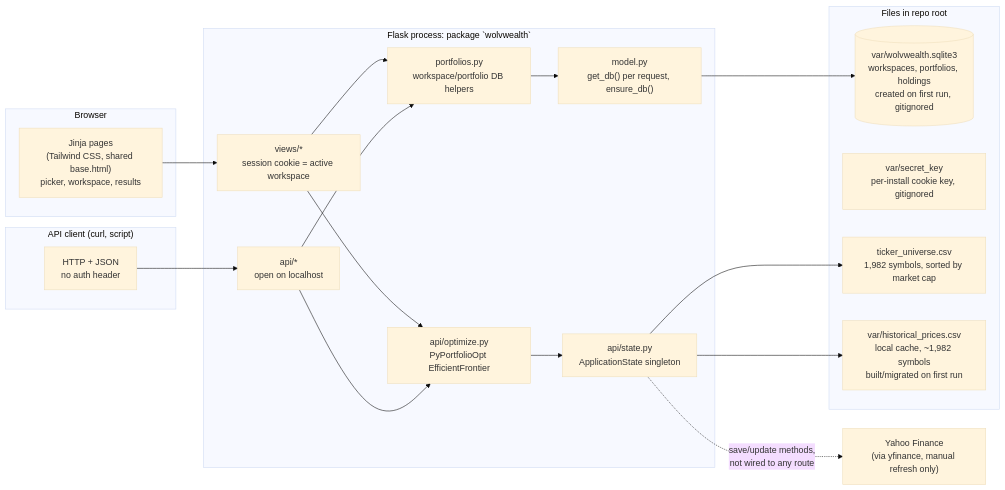
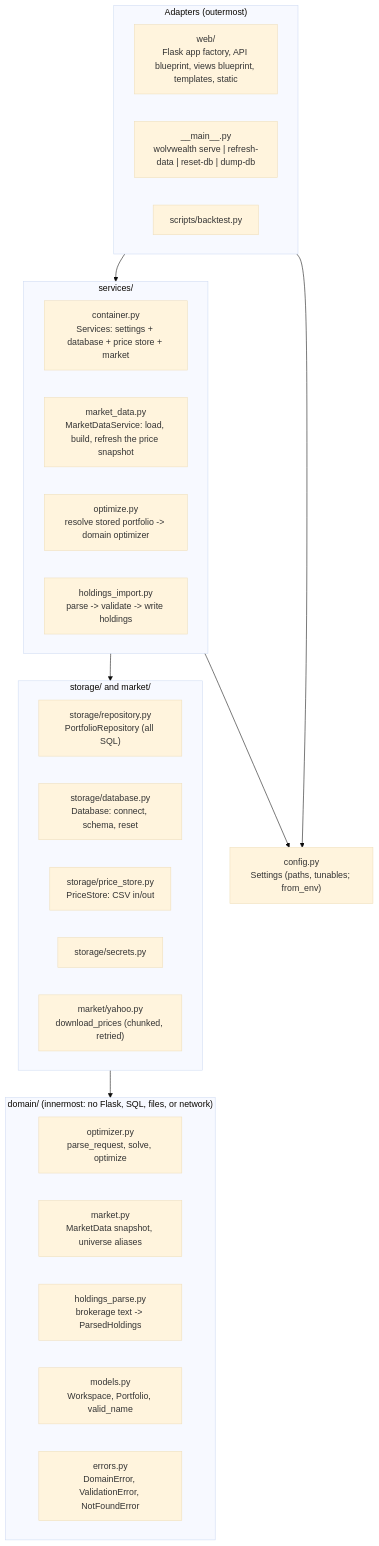
The first of 9 diagrams in ARCHITECTURE.md (rramboer/WolvWealth), drawn with Mermaid (base theme) before and after one commit. The commit also changed other lines of this file and 68 other files, not shown here.

````diff
--- a/ARCHITECTURE.md
+++ b/ARCHITECTURE.md
@@ -27,41 +25,33 @@
 ```mermaid
-flowchart LR
-    subgraph Browser
-        HTML["Jinja pages<br/>(Tailwind CSS, shared base.html)<br/>picker, workspace, results"]
+flowchart TB
+    subgraph Outer["Adapters (outermost)"]
+        WEB["web/<br/>Flask app factory, API blueprint, views blueprint, templates, static"]
+        CLI["__main__.py<br/>wolvwealth serve | refresh-data | reset-db | dump-db"]
+        BT["scripts/backtest.py"]
     end
+    subgraph Svc["services/"]
+        CONT["container.py<br/>Services: settings + database + price store + market"]
+        MD["market_data.py<br/>MarketDataService: load, build, refresh the price snapshot"]
+        OPT["optimize.py<br/>resolve stored portfolio -> domain optimizer"]
+        IMP["holdings_import.py<br/>parse -> validate -> write holdings"]
+    end
+    subgraph Infra["storage/ and market/"]
+        REPO["storage/repository.py<br/>PortfolioRepository (all SQL)"]
+        DB["storage/database.py<br/>Database: connect, schema, reset"]
+        PS["storage/price_store.py<br/>PriceStore: CSV in/out"]
+        SEC["storage/secrets.py"]
+        YF["market/yahoo.py<br/>download_prices (chunked, retried)"]
+    end
+    subgraph Dom["domain/ (innermost: no Flask, SQL, files, or network)"]
+        O["optimizer.py<br/>parse_request, solve, optimize"]
+        M["market.py<br/>MarketData snapshot, universe aliases"]
+        HP["holdings_parse.py<br/>brokerage text -> ParsedHoldings"]
+        MO["models.py<br/>Workspace, Portfolio, valid_name"]
+        E["errors.py<br/>DomainError, ValidationError, NotFoundError"]
+    end
+    CFG["config.py<br/>Settings (paths, tunables; from_env)"]
 
-    subgraph Client["API client (curl, script)"]
-        APIClient["HTTP + JSON<br/>no auth header"]
-    end
-
-    subgraph Flask["Flask process: package `wolvwealth`"]
-        Views["views/*<br/>session cookie = active workspace"]
-        API["api/*<br/>open on localhost"]
-        Helpers["portfolios.py<br/>workspace/portfolio DB helpers"]
-        Model["model.py<br/>get_db() per request, ensure_db()"]
-        State["api/state.py<br/>ApplicationState singleton"]
-        Opt["api/optimize.py<br/>PyPortfolioOpt EfficientFrontier"]
-    end
-
-    subgraph Disk["Files in repo root"]
-        DB[("var/wolvwealth.sqlite3<br/>workspaces, portfolios, holdings<br/>created on first run, gitignored")]
-        Secret["var/secret_key<br/>per-install cookie key, gitignored"]
-        Tickers["ticker_universe.csv<br/>1,982 symbols, sorted by market cap"]
-        Prices["var/historical_prices.csv<br/>local cache, ~1,982 symbols<br/>built/migrated on first run"]
-    end
-
-    YF["Yahoo Finance<br/>(via yfinance, manual refresh only)"]
-
-    HTML --> Views
-    APIClient --> API
-    Views --> Helpers
-    Views --> Opt
-    API --> Helpers
-    API --> Opt
-    Helpers --> Model
-    Opt --> State
-    Model --> DB
-    State --> Tickers
-    State --> Prices
-    State -. "save/update methods,<br/>not wired to any route" .-> YF
+    Outer --> Svc --> Infra --> Dom
+    Svc --> CFG
+    Outer --> CFG
 ```
````
